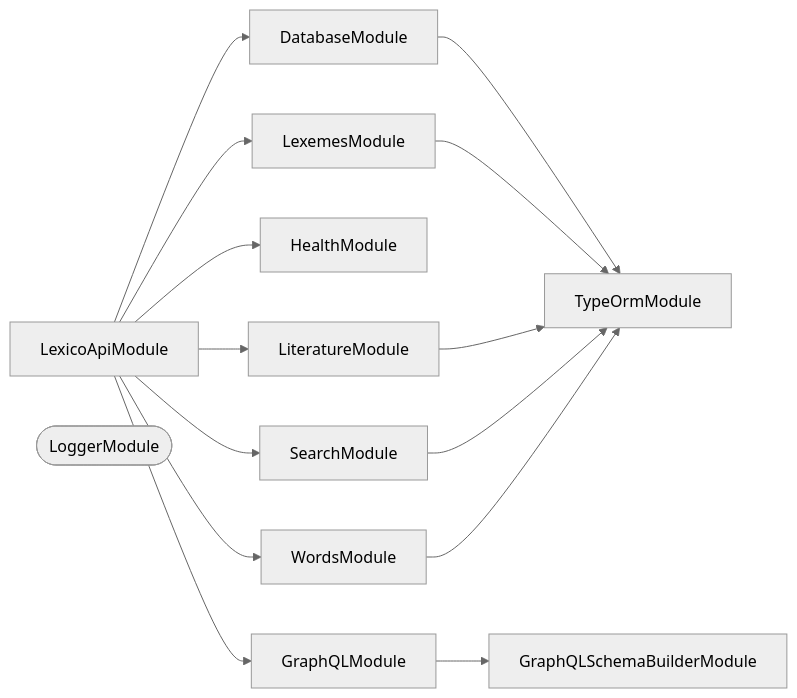
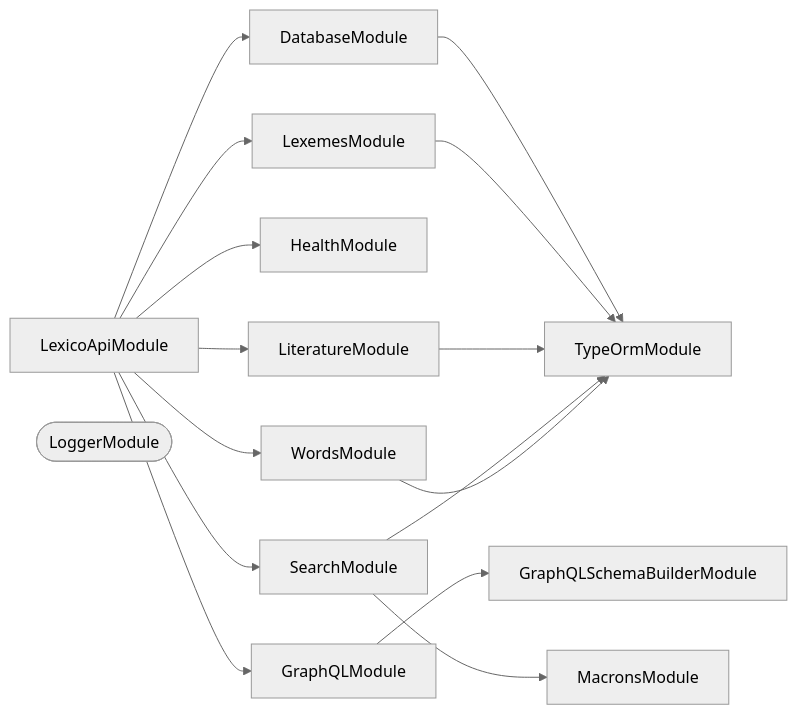
One commit to Organizzolini/codebase changed the third of 3 diagrams in applications/lexico-api/README.md. Above: the diagram before and after it, drawn with Mermaid (neutral theme). The commit also changed other lines of this file and 22 other files, not shown here.

````diff
--- a/applications/lexico-api/README.md
+++ b/applications/lexico-api/README.md
@@ -301,27 +316,29 @@
 ```mermaid
 flowchart LR
   DatabaseModule
   GraphQLModule
   GraphQLSchemaBuilderModule
   HealthModule
   LexemesModule
   LexicoApiModule
   LiteratureModule
   LoggerModule([LoggerModule])
+  MacronsModule
   SearchModule
   TypeOrmModule
   WordsModule
   DatabaseModule --> TypeOrmModule
   GraphQLModule --> GraphQLSchemaBuilderModule
   LexemesModule --> TypeOrmModule
   LexicoApiModule --> DatabaseModule
   LexicoApiModule --> GraphQLModule
   LexicoApiModule --> HealthModule
   LexicoApiModule --> LexemesModule
   LexicoApiModule --> LiteratureModule
   LexicoApiModule --> SearchModule
   LexicoApiModule --> WordsModule
   LiteratureModule --> TypeOrmModule
+  SearchModule --> MacronsModule
   SearchModule --> TypeOrmModule
   WordsModule --> TypeOrmModule
 ```
````
